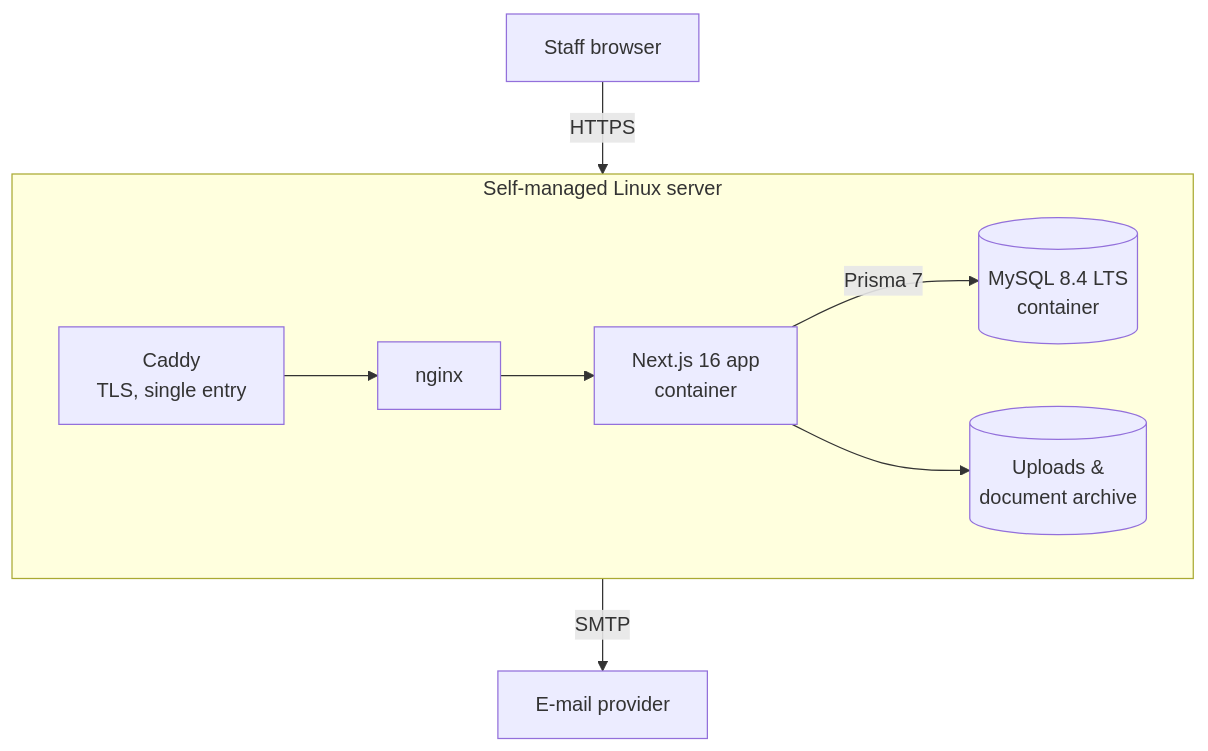
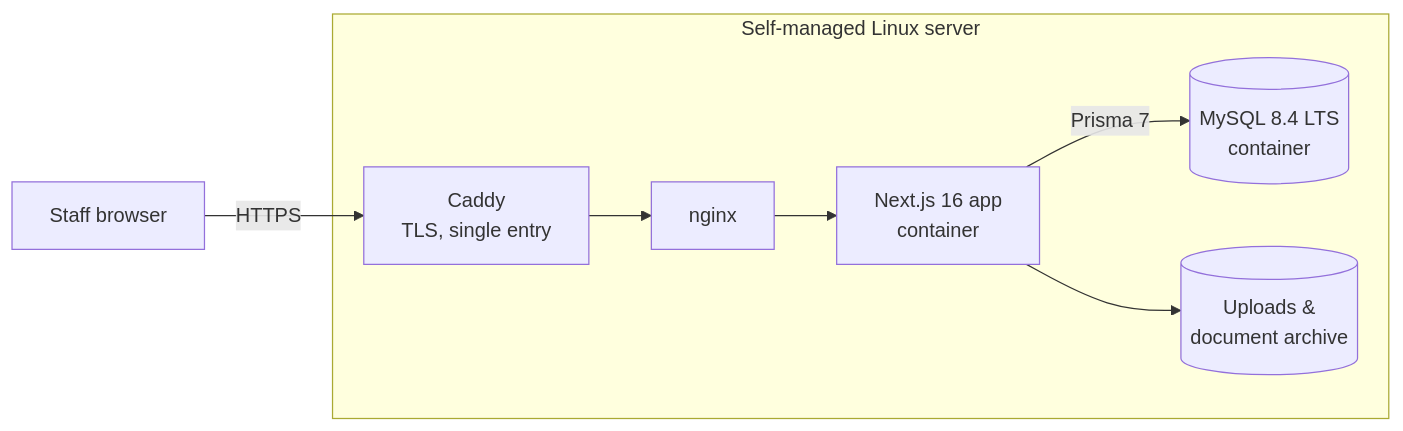
Before and after one commit to aeg58/eventra-case-study: the first of 3 diagrams in README.md, drawn with Mermaid. The commit also changed other lines of this file and 1 other file, not shown here.

Commit message:
docs: keep architecture diagram horizontal; mention SMTP in text instead of an edge node

````diff
--- a/README.md
+++ b/README.md
@@ -118,11 +118,15 @@
 ```mermaid
-flowchart TB
-    U[Staff browser] -->|HTTPS| C
+flowchart LR
+    U[Staff browser] -->|HTTPS| C[Caddy<br/>TLS, single entry]
+    C --> N[nginx]
+    N --> A[Next.js 16 app<br/>container]
+    A -->|Prisma 7| DB[(MySQL 8.4 LTS<br/>container)]
+    A --> F[(Uploads &<br/>document archive)]
     subgraph Server[Self-managed Linux server]
-      direction LR
-      C[Caddy<br/>TLS, single entry] --> N[nginx] --> A[Next.js 16 app<br/>container]
-      A -->|Prisma 7| DB[(MySQL 8.4 LTS<br/>container)]
-      A --> F[(Uploads &<br/>document archive)]
+      C
+      N
+      A
+      DB
+      F
     end
-    A -->|SMTP| M[E-mail provider]
 ```
````
